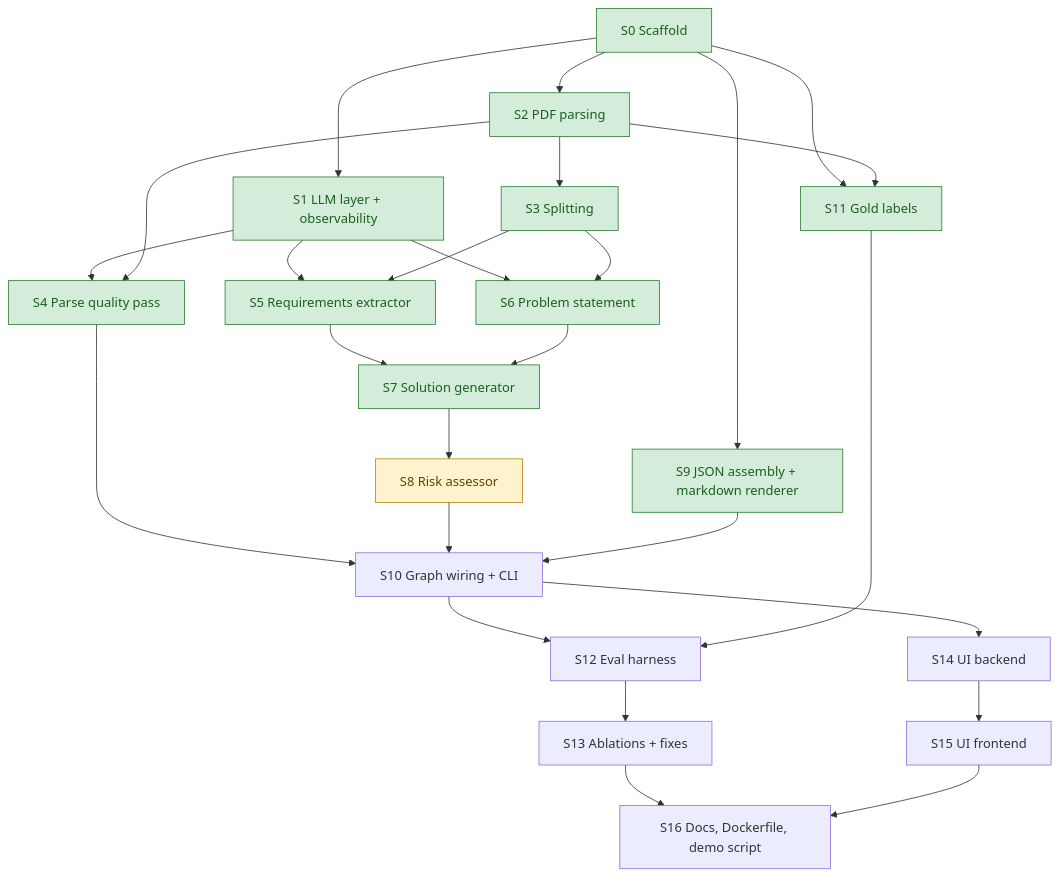
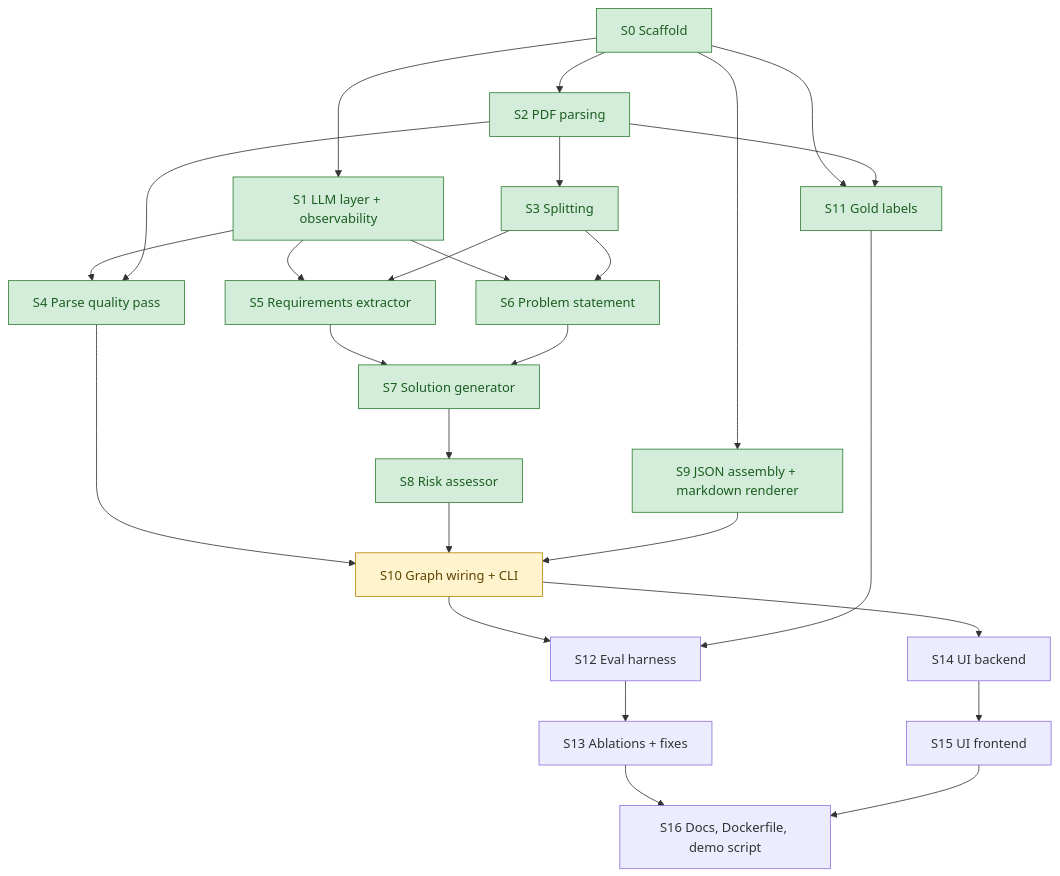
The second of 2 diagrams in docs/ROADMAP.md (lofeodo/rfp-solution-summary-generator), drawn with Mermaid before and after one commit. The commit also changed other lines of this file and 5 other files, not shown here.

Commit message:
S8: roadmap done with four-RFP results, D33, F12, prompt notes, assumptions, time log, README risk section

````diff
--- a/docs/ROADMAP.md
+++ b/docs/ROADMAP.md
@@ -82,33 +82,33 @@
 ```mermaid
 flowchart TD
     S0[S0 Scaffold] --> S1[S1 LLM layer + observability]
     S0 --> S2[S2 PDF parsing]
     S0 --> S9[S9 JSON assembly + markdown renderer]
     S0 --> S11[S11 Gold labels]
     S2 --> S3[S3 Splitting]
     S1 --> S4[S4 Parse quality pass]
     S2 --> S4
     S1 --> S5[S5 Requirements extractor]
     S3 --> S5
     S1 --> S6[S6 Problem statement]
     S3 --> S6
     S5 --> S7[S7 Solution generator]
     S6 --> S7
     S7 --> S8[S8 Risk assessor]
     S4 --> S10[S10 Graph wiring + CLI]
     S8 --> S10
     S9 --> S10
     S2 --> S11
     S10 --> S12[S12 Eval harness]
     S11 --> S12
     S12 --> S13[S13 Ablations + fixes]
     S10 --> S14[S14 UI backend]
     S14 --> S15[S15 UI frontend]
     S13 --> S16[S16 Docs, Dockerfile, demo script]
     S15 --> S16
 
     classDef done fill:#d4edda,stroke:#2e7d32,color:#1b5e20
     classDef ready fill:#fff3cd,stroke:#b8860b,color:#5c4400
-    class S0,S1,S2,S3,S4,S5,S6,S7,S9,S11 done
-    class S8 ready
+    class S0,S1,S2,S3,S4,S5,S6,S7,S8,S9,S11 done
+    class S10 ready
 ```
````
